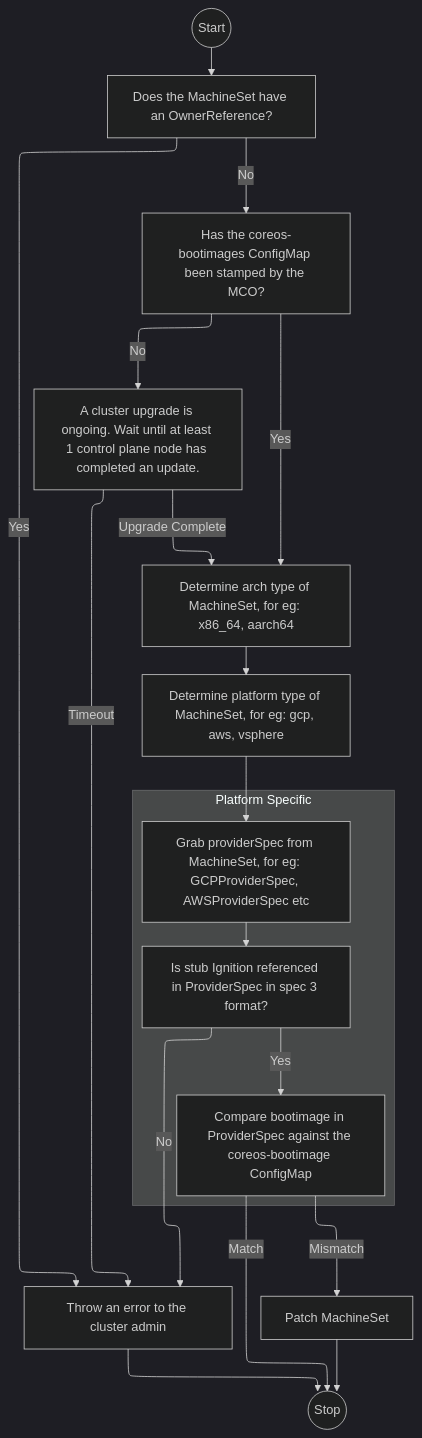
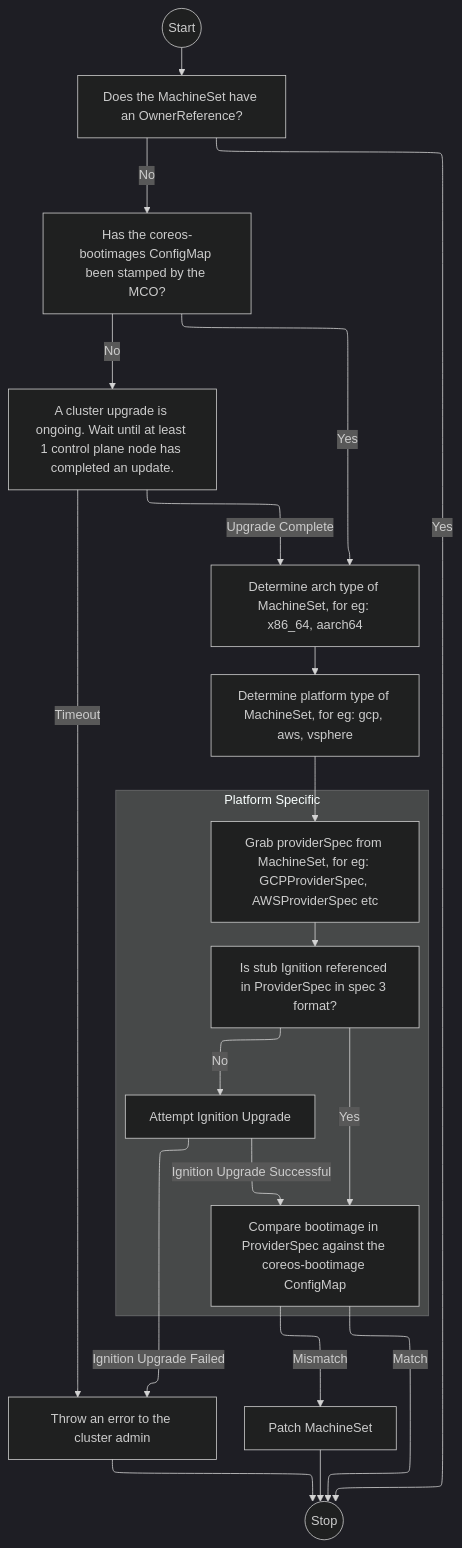
The first of 2 diagrams in enhancements/machine-config/manage-boot-images.md (openshift/enhancements), drawn with Mermaid (dark theme) before and after one commit. The commit also changed other lines of this file, not shown here.

````diff
--- a/enhancements/machine-config/manage-boot-images.md
+++ b/enhancements/machine-config/manage-boot-images.md
@@ -535,25 +611,27 @@
 ```mermaid
 flowchart-elk TD;
     Start((Start)) -->MachineSetOwnerCheck[Does the MachineSet have an OwnerReference?]
-    MachineSetOwnerCheck -->|Yes|Error
+    MachineSetOwnerCheck -->|Yes|Stop
     MachineSetOwnerCheck -->|No| ConfigMapCheck[Has the coreos-bootimages ConfigMap been stamped by the MCO?] ;
     
     ConfigMapCheck -->|Yes|ArchType[Determine arch type of MachineSet, for eg: x86_64, aarch64] ;
     ConfigMapCheck -->|No| Wait[A cluster upgrade is ongoing. Wait until at least 1 control plane node has completed an update.];
     Wait --> |Upgrade Complete| ArchType
     Wait --> |Timeout| Error
     ArchType -->PlatformType[Determine platform type of MachineSet, for eg: gcp, aws, vsphere] ;
     PlatformType -->ProviderSpec[Grab providerSpec from MachineSet, for eg: GCPProviderSpec, AWSProviderSpec etc] ;
 
     subgraph PlatformSpecific[Platform Specific]
     ProviderSpec -->IgnitionCheck[Is stub Ignition referenced in ProviderSpec in spec 3 format?] ;
     IgnitionCheck -->|Yes|CompareBootImage[Compare bootimage in ProviderSpec against the coreos-bootimage ConfigMap] ;
+    IgnitionCheck -->|No| IgnitionUpgrade[Attempt Ignition Upgrade];
+    IgnitionUpgrade -->|Ignition Upgrade Successful| CompareBootImage;
     end
 
-    IgnitionCheck -->|No| Error[Throw an error to the cluster admin];
+    IgnitionUpgrade -->|Ignition Upgrade Failed| Error[Throw an error to the cluster admin];
     Error -->Stop[Stop];
     CompareBootImage -->|Mismatch| Patch[Patch MachineSet];
     CompareBootImage -->|Match| Stop[Stop];
     
     Patch --> Stop((Stop));
 ```
````
